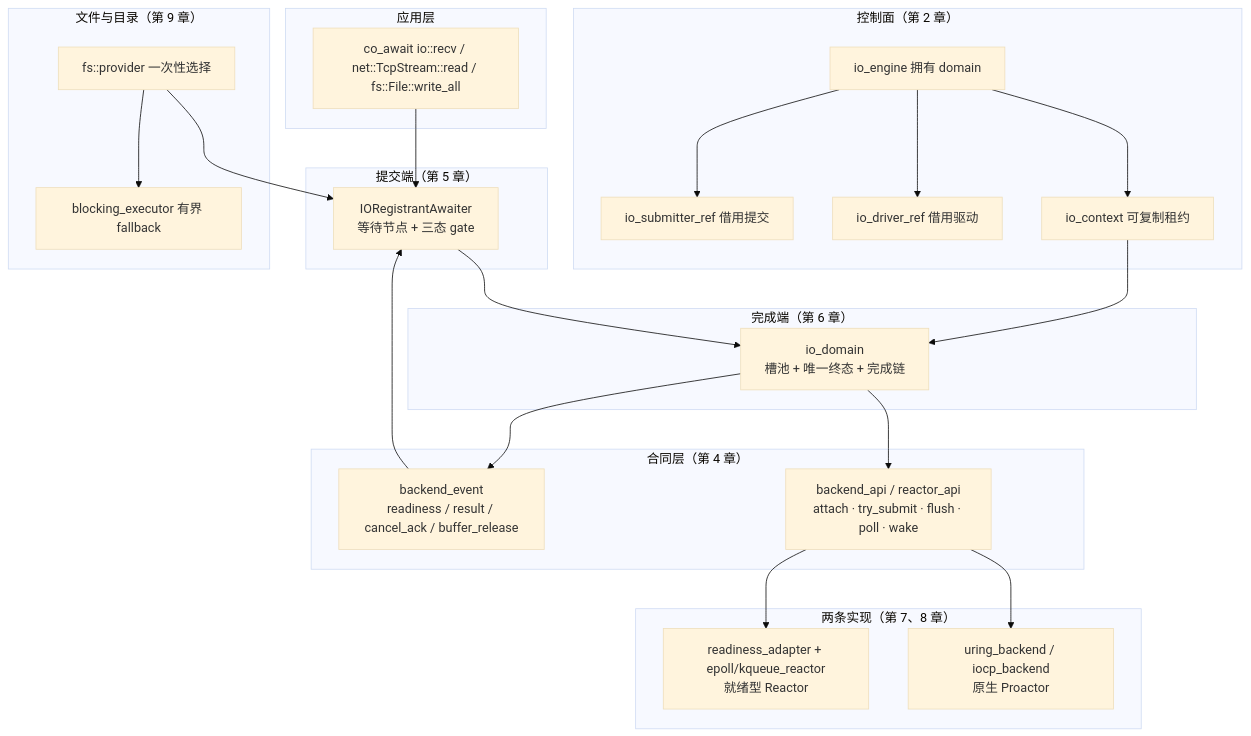
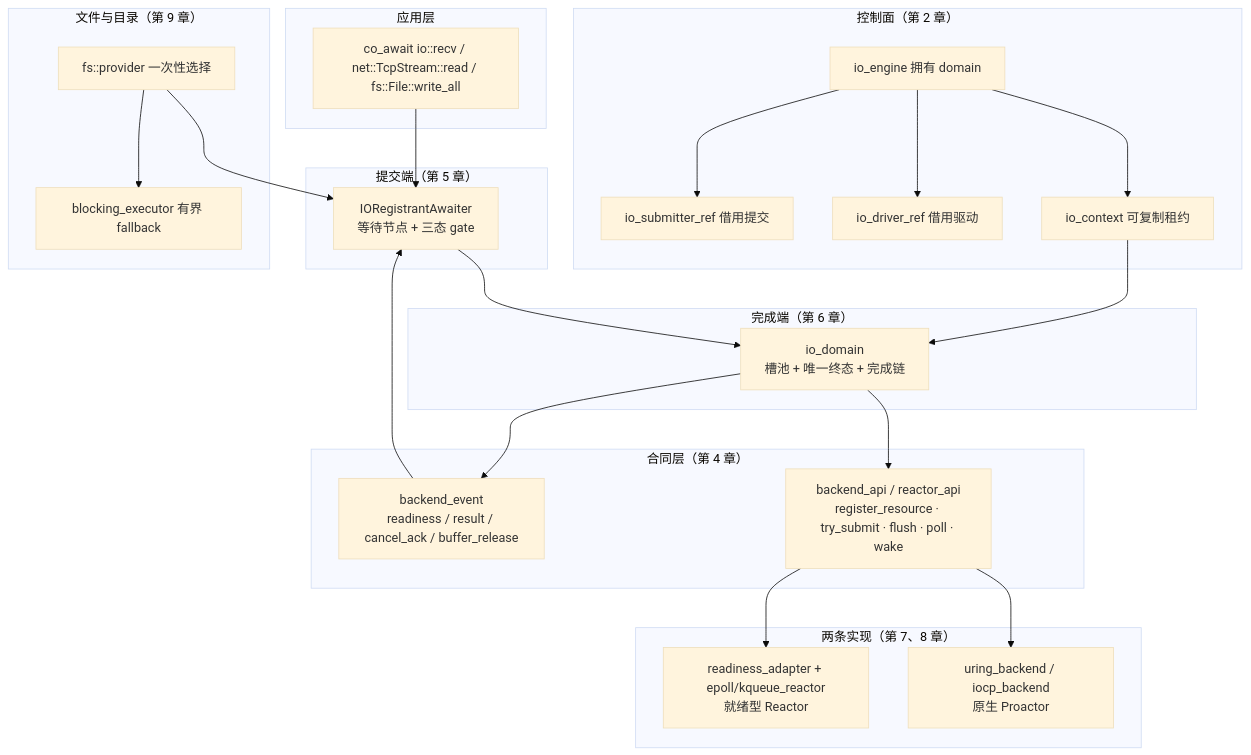
The first of 19 diagrams in docs/异步IO.md (superlxh02/faio), drawn with Mermaid (base theme) before and after one commit. The commit also changed other lines of this file and 24 other files, not shown here.

````diff
--- a/docs/异步IO.md
+++ b/docs/异步IO.md
@@ -45,43 +45,43 @@
 ```mermaid
 flowchart TD
     subgraph APP["应用层"]
         A1["co_await io::recv / net::TcpStream::read / fs::File::write_all"]
     end
     subgraph CONTROL["控制面（第 2 章）"]
         E["io_engine 拥有 domain"]
         C["io_context 可复制租约"]
         D["io_driver_ref 借用驱动"]
         S["io_submitter_ref 借用提交"]
     end
     subgraph SUBMIT["提交端（第 5 章）"]
         B["IORegistrantAwaiter<br/>等待节点 + 三态 gate"]
     end
     subgraph CONTRACT["合同层（第 4 章）"]
-        K["backend_api / reactor_api<br/>attach · try_submit · flush · poll · wake"]
+        K["backend_api / reactor_api<br/>register_resource · try_submit · flush · poll · wake"]
         EV["backend_event<br/>readiness / result / cancel_ack / buffer_release"]
     end
     subgraph COMPLETE["完成端（第 6 章）"]
         DM["io_domain<br/>槽池 + 唯一终态 + 完成链"]
     end
     subgraph IMPL["两条实现（第 7、8 章）"]
         U["uring_backend / iocp_backend<br/>原生 Proactor"]
         R["readiness_adapter + epoll/kqueue_reactor<br/>就绪型 Reactor"]
     end
     subgraph FILE["文件与目录（第 9 章）"]
         F1["fs::provider 一次性选择"]
         F2["blocking_executor 有界 fallback"]
     end
     A1 --> B
     E --> C
     E --> D
     E --> S
     C --> DM
     B --> DM
     DM --> K
     K --> U
     K --> R
     DM --> EV
     EV --> B
     F1 --> B
     F1 --> F2
 ```
````
